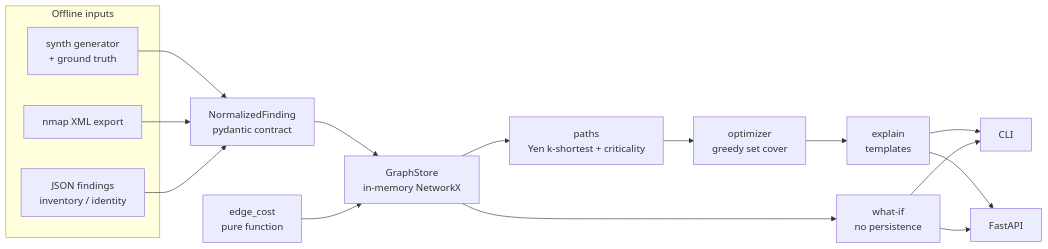
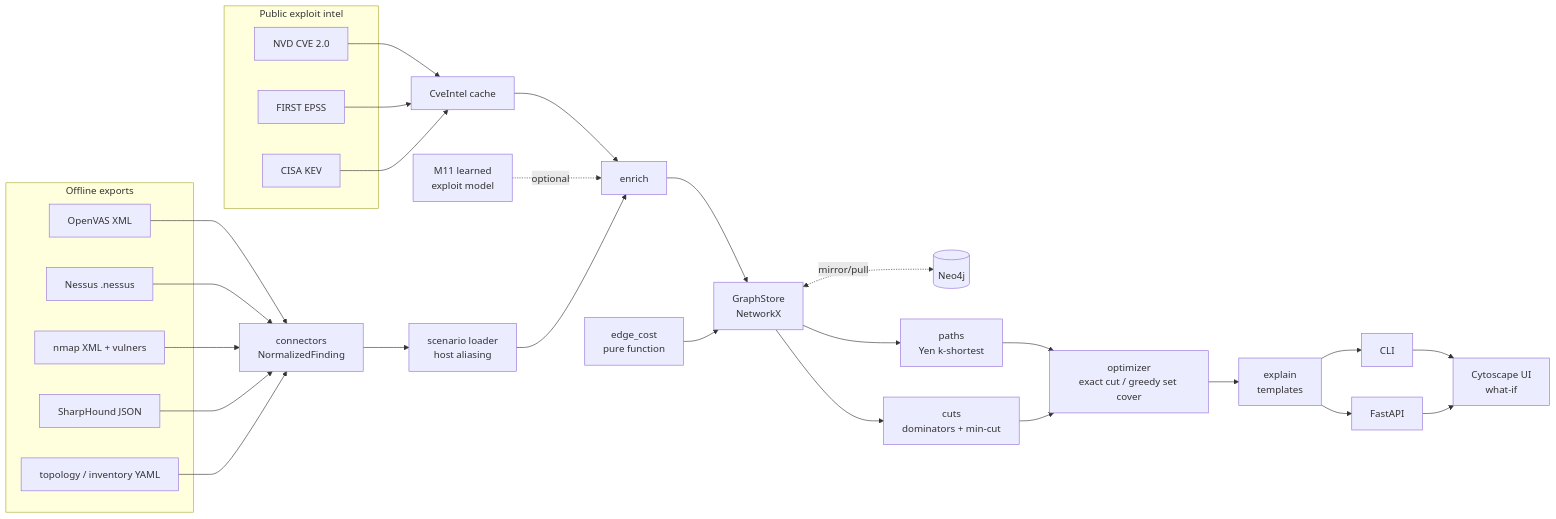
One commit to rakshit-737/linchpin changed the diagram in README.md. Above: the diagram before and after it, drawn with Mermaid. The commit also changed other lines of this file and 8 other files, not shown here.

````diff
--- a/README.md
+++ b/README.md
@@ -18,21 +25,26 @@
 ```mermaid
 flowchart LR
-  subgraph Inputs[Offline inputs]
-    S[synth generator<br/>+ ground truth]
-    N[nmap XML export]
-    J[JSON findings<br/>inventory / identity]
+  subgraph Exports[Offline exports]
+    OV[OpenVAS XML]
+    NE[Nessus .nessus]
+    NM[nmap XML + vulners]
+    BH[SharpHound JSON]
+    INV[topology / inventory YAML]
   end
-  S --> V[NormalizedFinding<br/>pydantic contract]
-  N --> V
-  J --> V
-  V --> G[GraphStore<br/>in-memory NetworkX]
-  C[edge_cost<br/>pure function] --> G
-  G --> P[paths<br/>Yen k-shortest + criticality]
-  P --> O[optimizer<br/>greedy set cover]
-  O --> E[explain<br/>templates]
-  G --> W[what-if<br/>no persistence]
-  E --> CLI[CLI]
-  E --> API[FastAPI]
-  W --> CLI
-  W --> API
+  subgraph Intel[Public exploit intel]
+    NVD[NVD CVE 2.0]
+    EPSS[FIRST EPSS]
+    KEV[CISA KEV]
+  end
+  OV & NE & NM & BH & INV --> C[connectors<br/>NormalizedFinding]
+  NVD & EPSS & KEV --> I[CveIntel cache] --> E[enrich]
+  ML[M11 learned<br/>exploit model] -.optional.-> E
+  C --> SC[scenario loader<br/>host aliasing] --> E --> G[GraphStore<br/>NetworkX]
+  G <-.mirror/pull.-> N4[(Neo4j)]
+  COST[edge_cost<br/>pure function] --> G
+  G --> P[paths<br/>Yen k-shortest]
+  G --> CUT[cuts<br/>dominators + min-cut]
+  P --> O[optimizer<br/>exact cut / greedy set cover]
+  CUT --> O --> X[explain<br/>templates]
+  X --> CLI[CLI] & API[FastAPI] --> UI[Cytoscape UI<br/>what-if]
 ```
````
